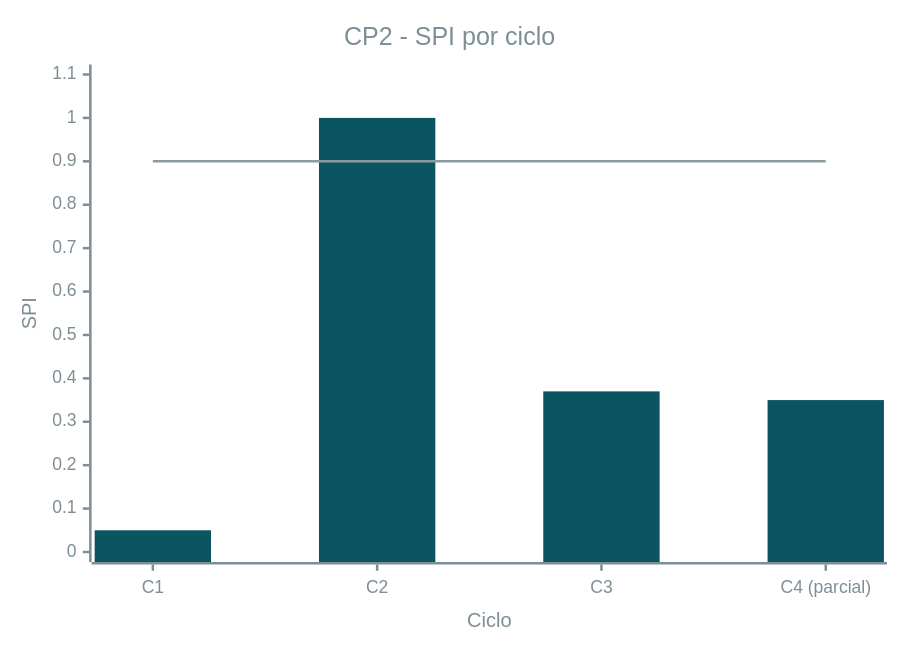
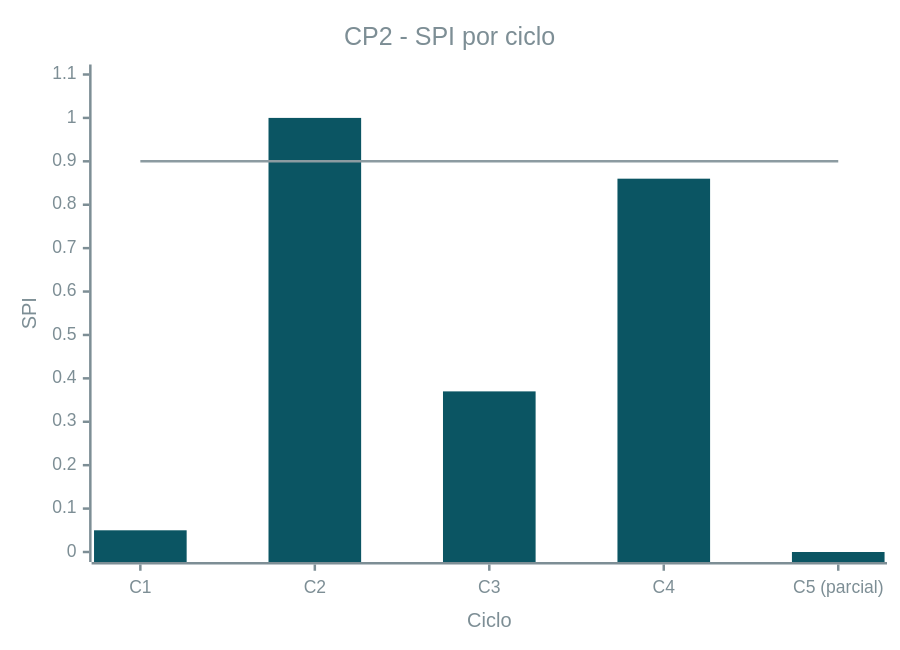
Diagram 24 of 29 in docs/gestao/registro-de-medicoes.md (FCTE-Qualidade-de-Software-1/2026-2_T02_FRANCES_ALLEN), drawn with Mermaid before and after one commit. The commit also changed other lines of this file and 2 other files, not shown here.

First line of the commit message:
PSM: fechamento do ciclo 4 e coleta parcial do ciclo 5

````diff
--- a/docs/gestao/registro-de-medicoes.md
+++ b/docs/gestao/registro-de-medicoes.md
@@ -723,24 +918,24 @@
 ```mermaid
 ---
 config:
   themeVariables:
     xyChart:
       plotColorPalette: "#0B5563, #8C9BA1"
       titleColor: "#7D8E95"
       xAxisLabelColor: "#7D8E95"
       xAxisTitleColor: "#7D8E95"
       xAxisLineColor: "#7D8E95"
       xAxisTickColor: "#7D8E95"
       yAxisLabelColor: "#7D8E95"
       yAxisTitleColor: "#7D8E95"
       yAxisLineColor: "#7D8E95"
       yAxisTickColor: "#7D8E95"
       backgroundColor: "transparent"
 ---
 xychart-beta
     title "CP2 - SPI por ciclo"
-    x-axis "Ciclo" ["C1", "C2", "C3", "C4 (parcial)"]
+    x-axis "Ciclo" ["C1", "C2", "C3", "C4", "C5 (parcial)"]
     y-axis "SPI" 0 --> 1.1
-    bar [0.05, 1.00, 0.37, 0.35]
-    line [0.9, 0.9, 0.9, 0.9]
+    bar [0.05, 1.00, 0.37, 0.86, 0.00]
+    line [0.9, 0.9, 0.9, 0.9, 0.9]
 ```
````
